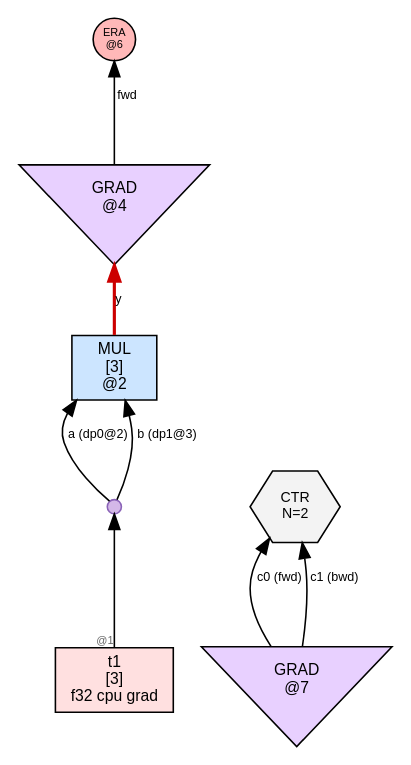
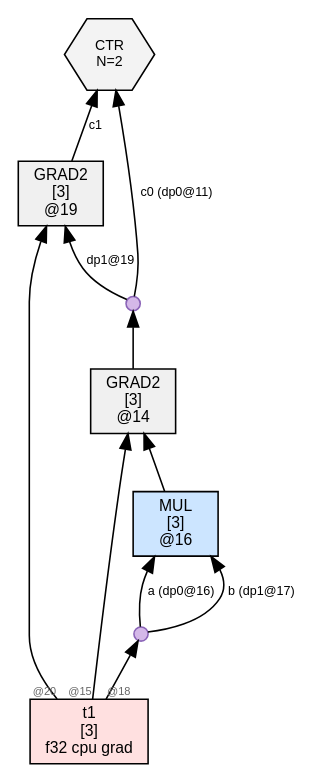
One commit to sw1sh/TinyHVM changed the diagram in wl/examples/thvm_graphs/grad_rules/second_derivative/thvm_0_pre_reduce.dot. Above: the diagram before and after it, drawn with Graphviz. The commit also changed 7 other files, not shown here.

```diff
--- a/wl/examples/thvm_graphs/grad_rules/second_derivative/thvm_0_pre_reduce.dot
+++ b/wl/examples/thvm_graphs/grad_rules/second_derivative/thvm_0_pre_reduce.dot
@@ -1,20 +1,23 @@
 digraph G {
   rankdir=BT;
   node [fontname="Helvetica", fontsize=10, style=filled, shape=box, margin="0.1,0.05"];
   edge [fontsize=8, fontname="Helvetica"];
 
-  n2 [label="MUL\n[3]\n@2", shape=box, fillcolor="#cce5ff"];
-  dup1 [label="", shape=circle, width=0.12, height=0.12, fixedsize=true, fillcolor="#d4b8e8", color="#8a63b7", fontsize=1];
+  n19 [label="GRAD2\n[3]\n@19", shape=box, fillcolor="#f0f0f0"];
+  dup13 [label="", shape=circle, width=0.12, height=0.12, fixedsize=true, fillcolor="#d4b8e8", color="#8a63b7", fontsize=1];
+  n14 -> dup13;
+  dup13 -> n19 [label="dp1@19"];
   t1 [label="t1\n[3]\nf32 cpu grad",shape=box,fillcolor="#ffe0e0"];
-  t1 -> dup1[label="",taillabel="@1",labelfontsize=7,fontcolor="#666666"];
-  dup1 -> n2 [label="a (dp0@2)"];
-  dup1 -> n2 [label="b (dp1@3)"];
-  era6 [label="ERA\n@6",shape=circle,width=0.38,height=0.38,fixedsize=true,fillcolor="#ffb8b8",fontsize=7];
-  grad4 [label="GRAD\n@4", shape=invtriangle, fillcolor="#e8d0ff"];
-  n2 -> grad4 [label="y",color="#cc0000",penwidth=2.0];
-  grad4 -> era6 [label="fwd"];
-  ctr10 [label="CTR\nN=2", shape=hexagon, fillcolor="#f3f3f3", fontsize=9];
-  grad7 [label="GRAD\n@7", shape=invtriangle, fillcolor="#e8d0ff"];
-  grad7 -> ctr10 [label="c0 (fwd)"];
-  grad7 -> ctr10 [label="c1 (bwd)"];
+  t1 -> n19 [label="",taillabel="@20",labelfontsize=7,fontcolor="#666666"];
+  n14 [label="GRAD2\n[3]\n@14", shape=box, fillcolor="#f0f0f0"];
+  n16 -> n14 [label=""];
+  t1 -> n14 [label="",taillabel="@15",labelfontsize=7,fontcolor="#666666"];
+  n16 [label="MUL\n[3]\n@16", shape=box, fillcolor="#cce5ff"];
+  dup18 [label="", shape=circle, width=0.12, height=0.12, fixedsize=true, fillcolor="#d4b8e8", color="#8a63b7", fontsize=1];
+  t1 -> dup18[label="",taillabel="@18",labelfontsize=7,fontcolor="#666666"];
+  dup18 -> n16 [label="a (dp0@16)"];
+  dup18 -> n16 [label="b (dp1@17)"];
+  ctr11 [label="CTR\nN=2", shape=hexagon, fillcolor="#f3f3f3", fontsize=9];
+  dup13 -> ctr11 [label="c0 (dp0@11)"];
+  n19 -> ctr11 [label="c1"];
 }
```
